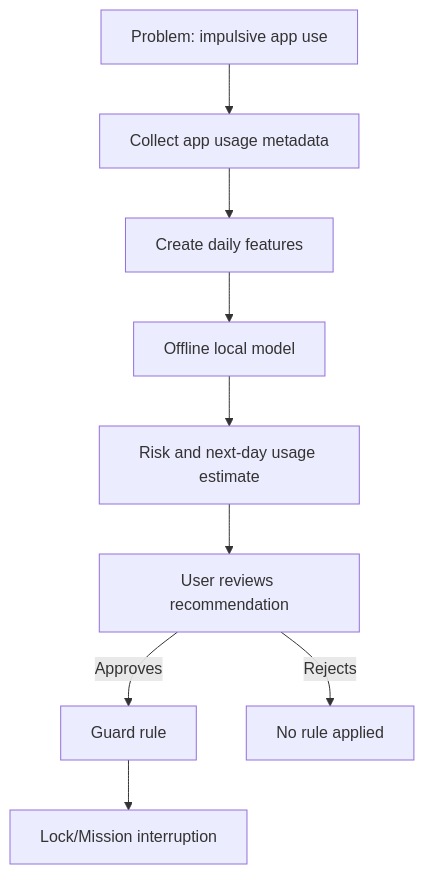
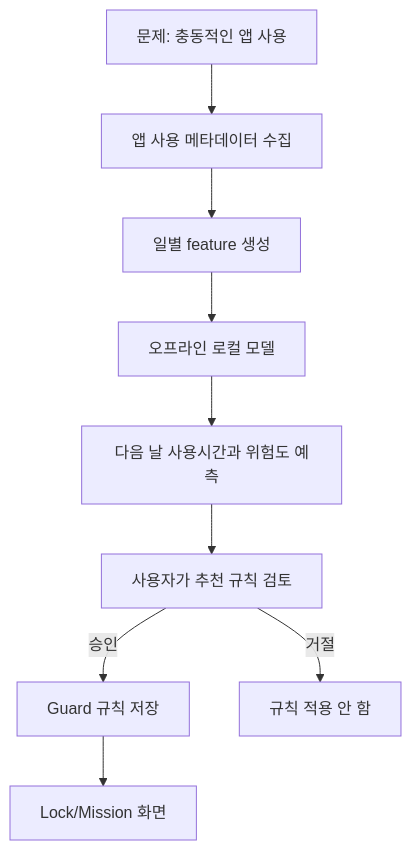
One commit to sionkk1/data changed the first of 3 diagrams in habitguard_android/docs/HABITGUARD_REPORT.md. Above: the diagram before and after it, drawn with Mermaid. The commit also changed other lines of this file and 2 other files, not shown here.

````diff
--- a/habitguard_android/docs/HABITGUARD_REPORT.md
+++ b/habitguard_android/docs/HABITGUARD_REPORT.md
@@ -24,11 +24,11 @@
 ```mermaid
 flowchart TD
-    P[Problem: impulsive app use] --> C[Collect app usage metadata]
-    C --> F[Create daily features]
-    F --> M[Offline local model]
-    M --> R[Risk and next-day usage estimate]
-    R --> U[User reviews recommendation]
-    U -->|Approves| G[Guard rule]
-    U -->|Rejects| N[No rule applied]
-    G --> L[Lock/Mission interruption]
+    P[문제: 충동적인 앱 사용] --> C[앱 사용 메타데이터 수집]
+    C --> F[일별 feature 생성]
+    F --> M[오프라인 로컬 모델]
+    M --> R[다음 날 사용시간과 위험도 예측]
+    R --> U[사용자가 추천 규칙 검토]
+    U -->|승인| G[Guard 규칙 저장]
+    U -->|거절| N[규칙 적용 안 함]
+    G --> L[Lock/Mission 화면]
 ```
````
